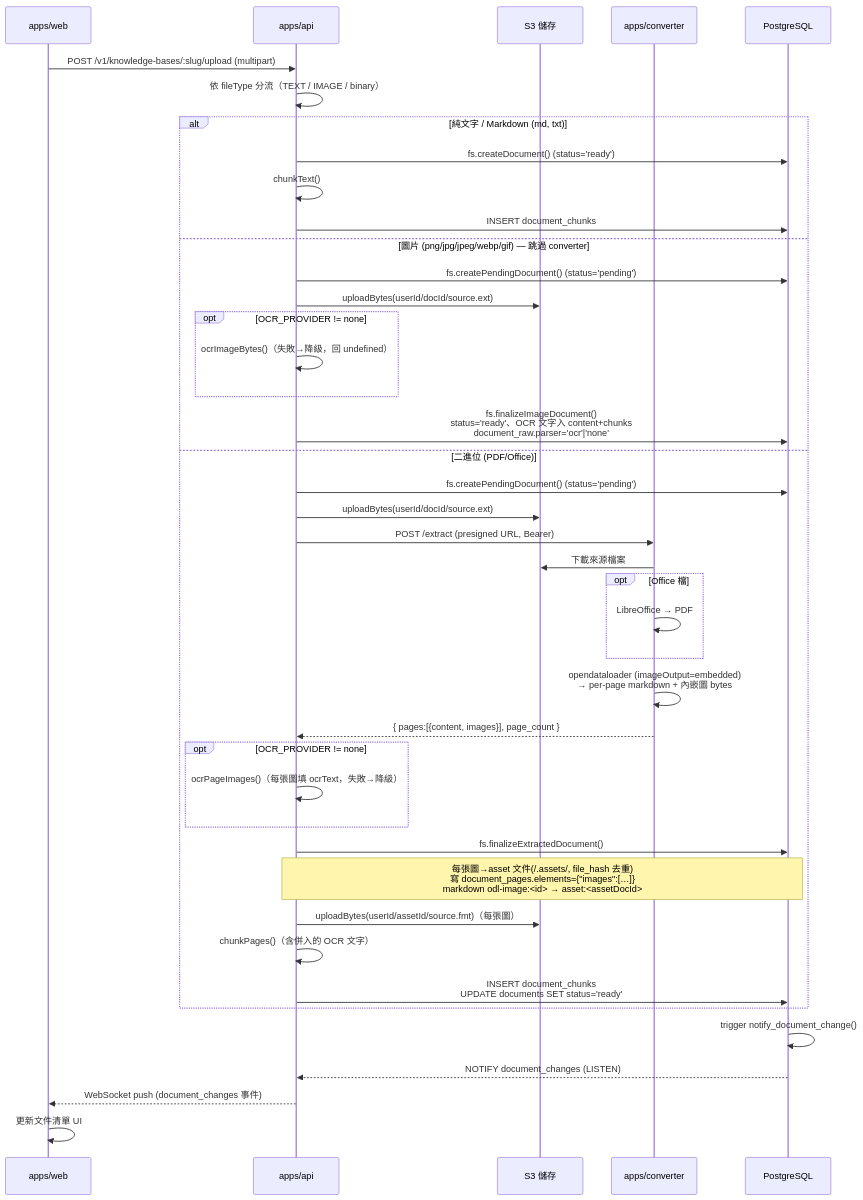
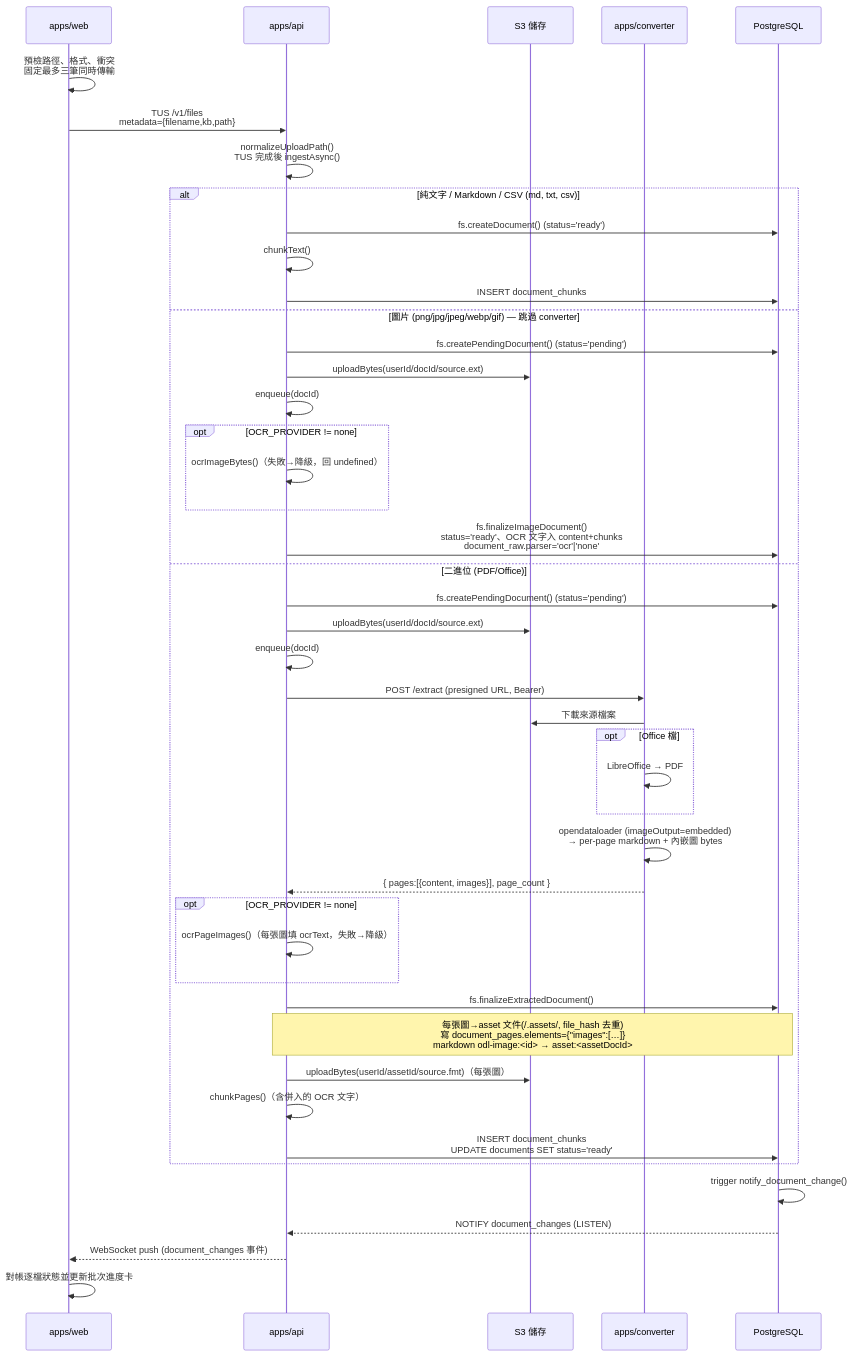
Before and after one commit to wkchen5872/team-kms: the second of 3 diagrams in docs/architecture/workflows.md, drawn with Mermaid. The commit also changed other lines of this file and 28 other files, not shown here.

````diff
--- a/docs/architecture/workflows.md
+++ b/docs/architecture/workflows.md
@@ -155,47 +158,50 @@
 ```mermaid
 sequenceDiagram
     participant Web as apps/web
     participant API as apps/api
     participant S3 as S3 儲存
     participant Conv as apps/converter
     participant DB as PostgreSQL
 
-    Web->>API: POST /v1/knowledge-bases/:slug/upload (multipart)
-    API->>API: 依 fileType 分流（TEXT / IMAGE / binary）
+    Web->>Web: 預檢路徑、格式、衝突<br/>固定最多三筆同時傳輸
+    Web->>API: TUS /v1/files<br/>metadata={filename,kb,path}
+    API->>API: normalizeUploadPath()<br/>TUS 完成後 ingestAsync()
 
-    alt 純文字 / Markdown (md, txt)
+    alt 純文字 / Markdown / CSV (md, txt, csv)
         API->>DB: fs.createDocument() (status='ready')
         API->>API: chunkText()
         API->>DB: INSERT document_chunks
     else 圖片 (png/jpg/jpeg/webp/gif) — 跳過 converter
         API->>DB: fs.createPendingDocument() (status='pending')
         API->>S3: uploadBytes(userId/docId/source.ext)
+        API->>API: enqueue(docId)
         opt OCR_PROVIDER != none
             API->>API: ocrImageBytes()（失敗→降級，回 undefined）
         end
         API->>DB: fs.finalizeImageDocument()<br/>status='ready'、OCR 文字入 content+chunks<br/>document_raw.parser='ocr'|'none'
     else 二進位 (PDF/Office)
         API->>DB: fs.createPendingDocument() (status='pending')
         API->>S3: uploadBytes(userId/docId/source.ext)
+        API->>API: enqueue(docId)
         API->>Conv: POST /extract (presigned URL, Bearer)
         Conv->>S3: 下載來源檔案
         opt Office 檔
             Conv->>Conv: LibreOffice → PDF
         end
         Conv->>Conv: opendataloader (imageOutput=embedded)<br/>→ per-page markdown + 內嵌圖 bytes
         Conv-->>API: { pages:[{content, images}], page_count }
         opt OCR_PROVIDER != none
             API->>API: ocrPageImages()（每張圖填 ocrText，失敗→降級）
         end
         API->>DB: fs.finalizeExtractedDocument()
         Note over API,DB: 每張圖→asset 文件(/.assets/, file_hash 去重)<br/>寫 document_pages.elements={"images":[…]}<br/>markdown odl-image:<id> → asset:<assetDocId>
         API->>S3: uploadBytes(userId/assetId/source.fmt)（每張圖）
         API->>API: chunkPages()（含併入的 OCR 文字）
         API->>DB: INSERT document_chunks<br/>UPDATE documents SET status='ready'
     end
 
     DB->>DB: trigger notify_document_change()
     DB-->>API: NOTIFY document_changes (LISTEN)
     API-->>Web: WebSocket push (document_changes 事件)
-    Web->>Web: 更新文件清單 UI
+    Web->>Web: 對帳逐檔狀態並更新批次進度卡
 ```
````
